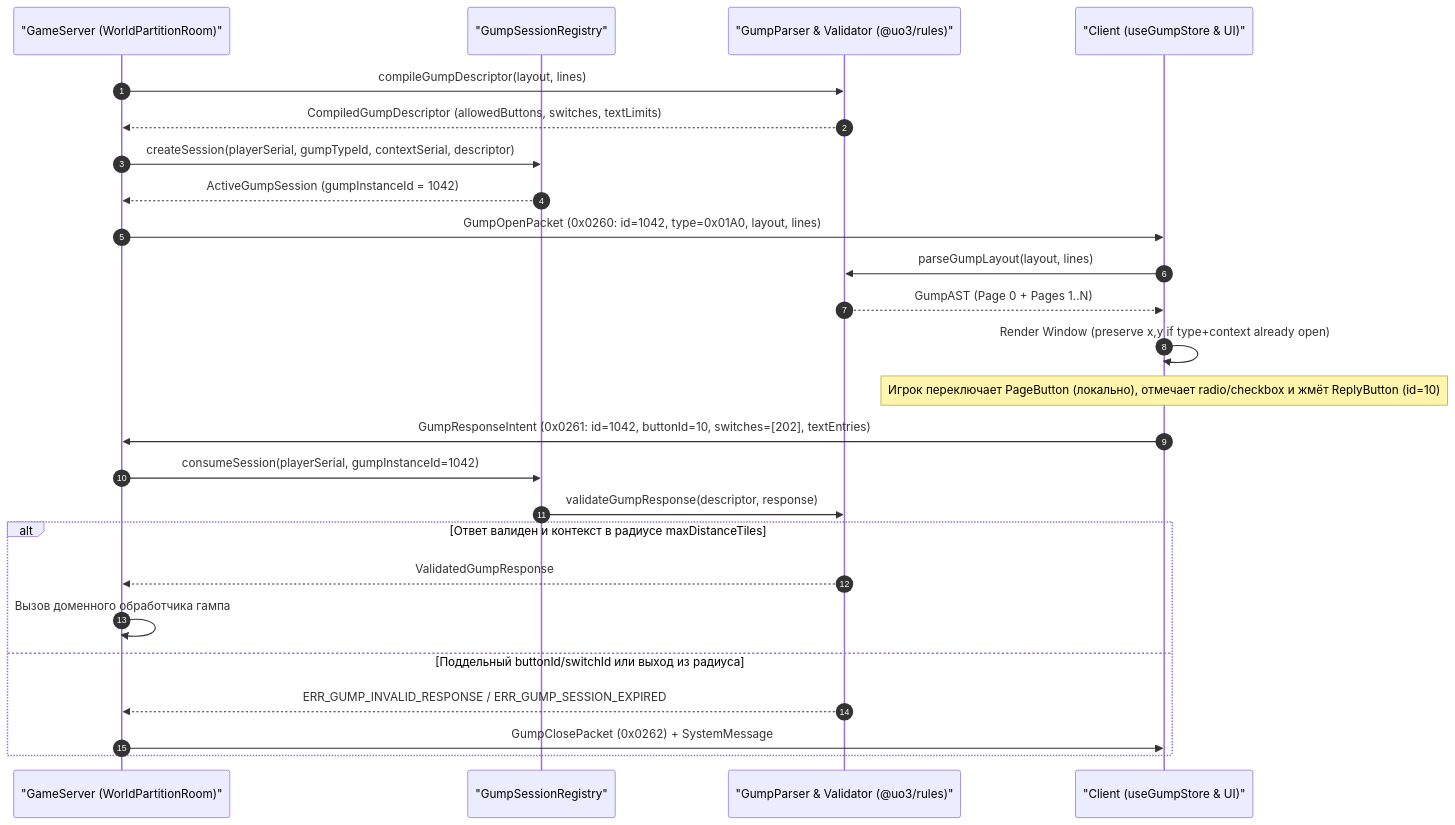
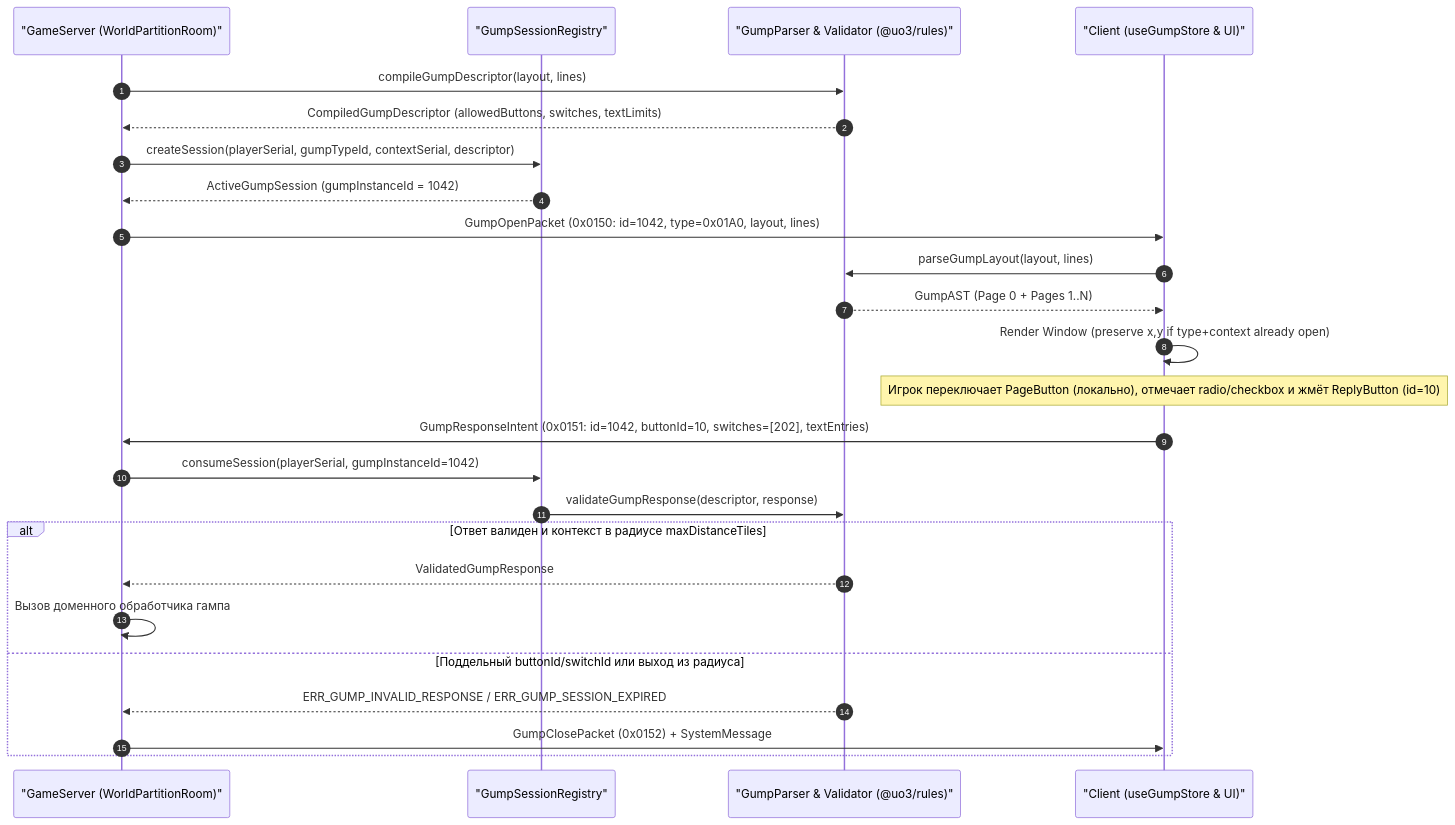
One commit to SergioAndreev/uo3 changed the first of 3 diagrams in openspec/changes/p14-client-gump-ui/design.md. Above: the diagram before and after it, drawn with Mermaid. The commit also changed other lines of this file and 188 other files, not shown here.

````diff
--- a/openspec/changes/p14-client-gump-ui/design.md
+++ b/openspec/changes/p14-client-gump-ui/design.md
@@ -220,29 +215,29 @@
 ```mermaid
 sequenceDiagram
     autonumber
     participant GS as "GameServer (WorldPartitionRoom)"
     participant Reg as "GumpSessionRegistry"
     participant Val as "GumpParser & Validator (@uo3/rules)"
     participant Cl as "Client (useGumpStore & UI)"
 
     GS->>Val: compileGumpDescriptor(layout, lines)
     Val-->>GS: CompiledGumpDescriptor (allowedButtons, switches, textLimits)
     GS->>Reg: createSession(playerSerial, gumpTypeId, contextSerial, descriptor)
     Reg-->>GS: ActiveGumpSession (gumpInstanceId = 1042)
-    GS->>Cl: GumpOpenPacket (0x0260: id=1042, type=0x01A0, layout, lines)
+    GS->>Cl: GumpOpenPacket (0x0150: id=1042, type=0x01A0, layout, lines)
     Cl->>Val: parseGumpLayout(layout, lines)
     Val-->>Cl: GumpAST (Page 0 + Pages 1..N)
     Cl->>Cl: Render Window (preserve x,y if type+context already open)
 
     Note over Cl: Игрок переключает PageButton (локально), отмечает radio/checkbox и жмёт ReplyButton (id=10)
-    Cl->>GS: GumpResponseIntent (0x0261: id=1042, buttonId=10, switches=[202], textEntries)
+    Cl->>GS: GumpResponseIntent (0x0151: id=1042, buttonId=10, switches=[202], textEntries)
     GS->>Reg: consumeSession(playerSerial, gumpInstanceId=1042)
     Reg->>Val: validateGumpResponse(descriptor, response)
     alt Ответ валиден и контекст в радиусе maxDistanceTiles
         Val-->>GS: ValidatedGumpResponse
         GS->>GS: Вызов доменного обработчика гампа
     else Поддельный buttonId/switchId или выход из радиуса
         Val-->>GS: ERR_GUMP_INVALID_RESPONSE / ERR_GUMP_SESSION_EXPIRED
-        GS->>Cl: GumpClosePacket (0x0262) + SystemMessage
+        GS->>Cl: GumpClosePacket (0x0152) + SystemMessage
     end
 ```
````
